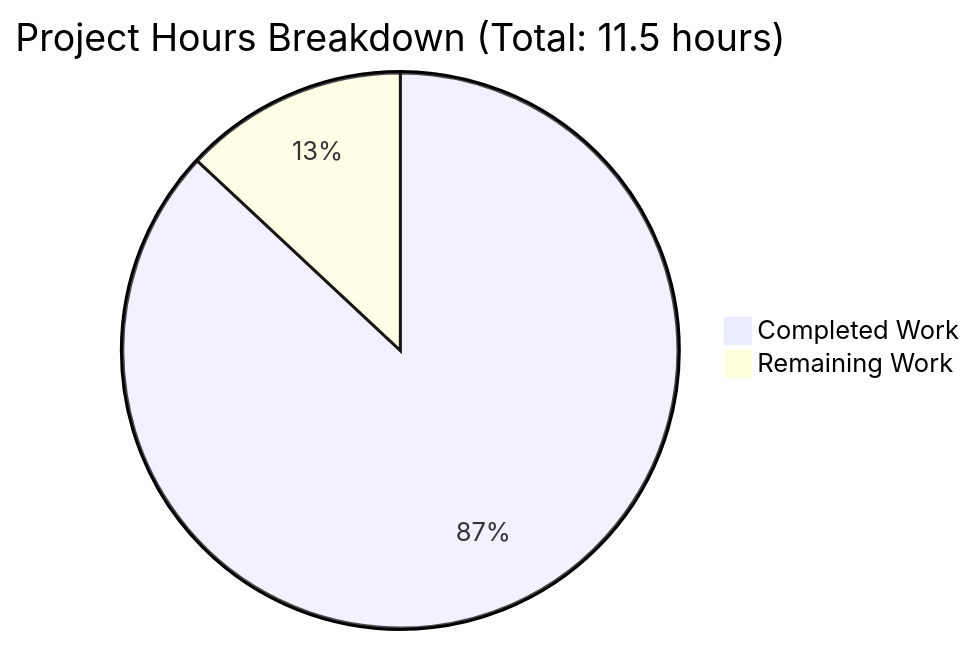
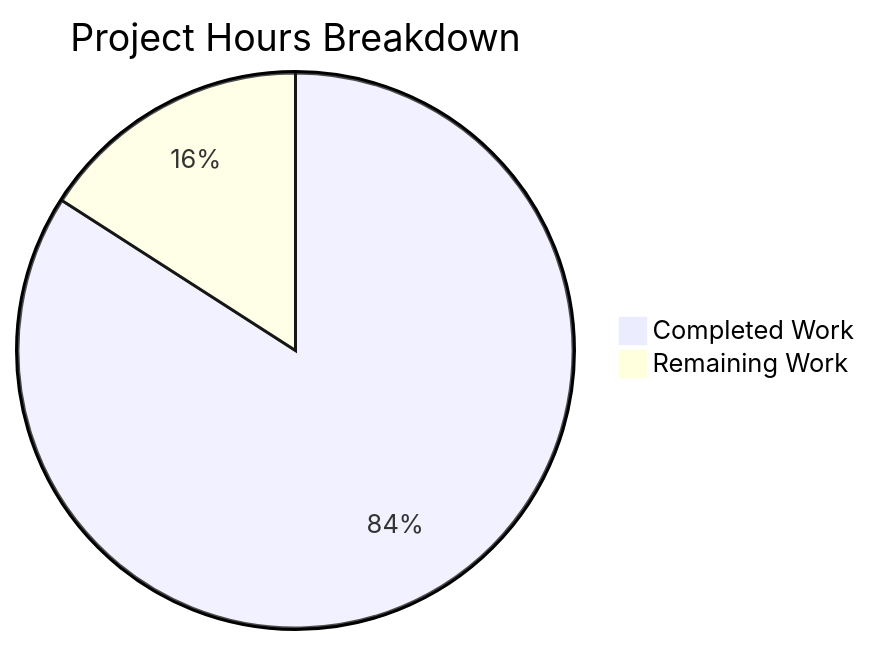
Before and after one commit to sudhanshu-spec/test-spec: the second of 2 diagrams in blitzy/documentation/Project Guide.md, drawn with Mermaid. The commit also changed other lines of this file, not shown here.

Commit message:
Adding Blitzy Project Guide: Project Status and Human Tasks Remaining

````diff
--- a/blitzy/documentation/Project Guide.md
+++ b/blitzy/documentation/Project Guide.md
@@ -166,5 +205,5 @@
 ```mermaid
-pie title Project Hours Breakdown (Total: 11.5 hours)
-    "Completed Work" : 10
-    "Remaining Work" : 1.5
+pie title Project Hours Breakdown
+    "Completed Work" : 37
+    "Remaining Work" : 7
 ```
````
